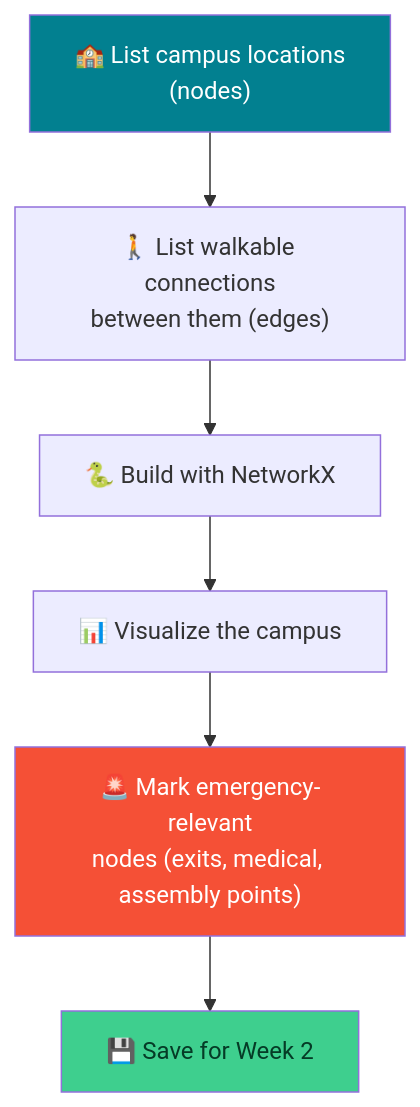
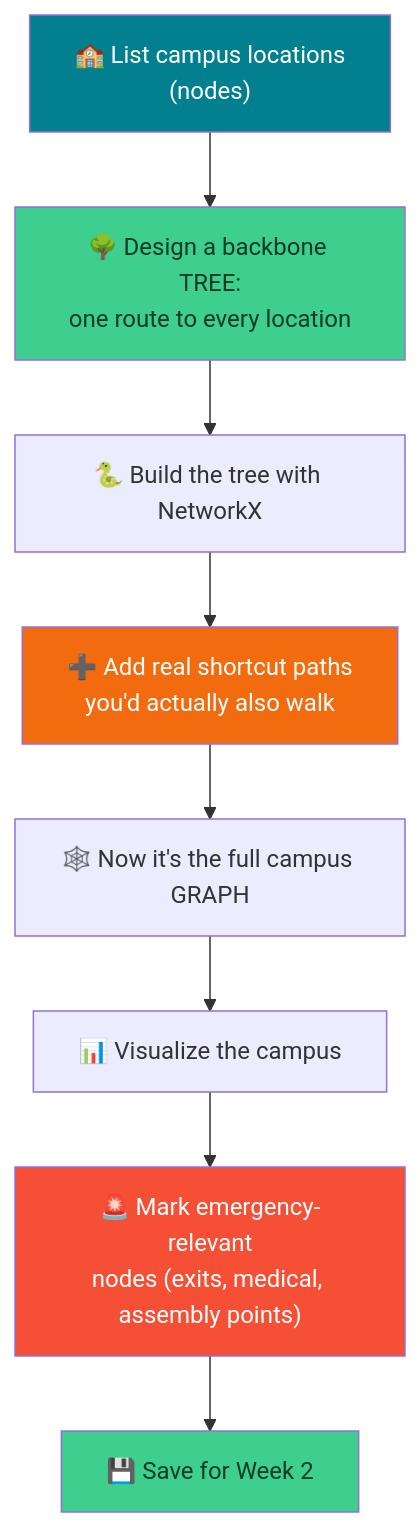
One commit to therishiraj/CSE276-AI-F changed the fourth of 4 diagrams in Practicals/Week 1.md. Above: the diagram before and after it, drawn with Mermaid. The commit also changed other lines of this file, not shown here.

````diff
--- a/Practicals/Week 1.md
+++ b/Practicals/Week 1.md
@@ -336,11 +432,15 @@
 ```mermaid
 flowchart TD
-    L["🏫 List campus locations<br/>(nodes)"] --> M["🚶 List walkable connections<br/>between them (edges)"]
-    M --> C["🐍 Build with NetworkX"]
-    C --> V["📊 Visualize the campus"]
+    L["🏫 List campus locations<br/>(nodes)"] --> M["🌳 Design a backbone TREE:<br/>one route to every location"]
+    M --> C1["🐍 Build the tree with NetworkX"]
+    C1 --> SH["➕ Add real shortcut paths<br/>you'd actually also walk"]
+    SH --> C2["🕸️ Now it's the full campus GRAPH"]
+    C2 --> V["📊 Visualize the campus"]
     V --> S["🚨 Mark emergency-relevant<br/>nodes (exits, medical, assembly points)"]
     S --> D["💾 Save for Week 2"]
     style L fill:#028090,color:#fff
+    style M fill:#3ECF8E,color:#053b26
+    style SH fill:#F26B0F,color:#fff
     style S fill:#F55036,color:#fff
     style D fill:#3ECF8E,color:#053b26
 ```
````
